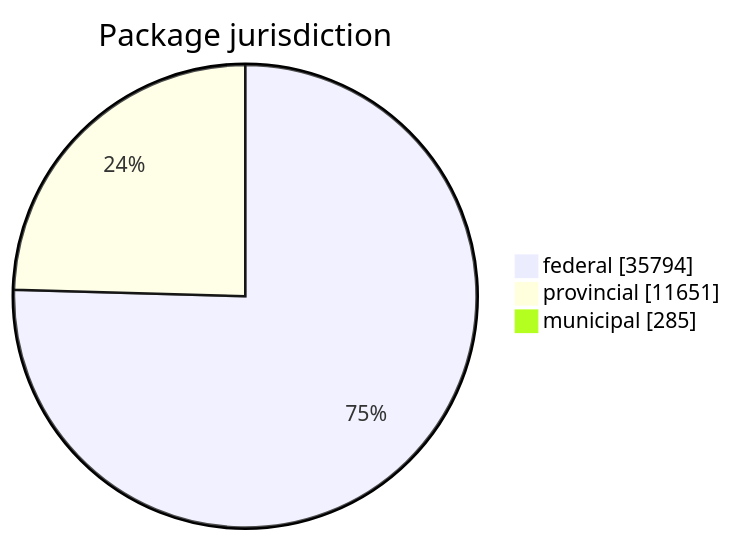
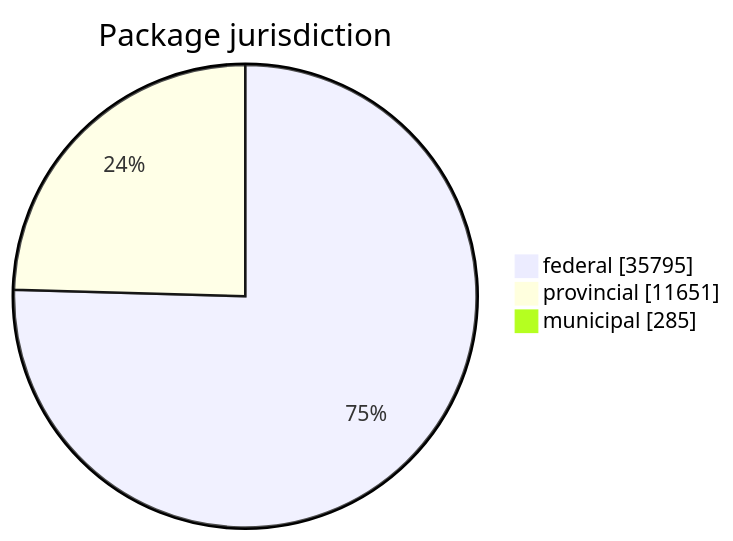
One commit to open-data/analytics-corporate-reporting changed the first of 5 diagrams in FreshCheck/README.md. Above: the diagram before and after it, drawn with Mermaid. The commit also changed other lines of this file and 3 other files, not shown here.

````diff
--- a/FreshCheck/README.md
+++ b/FreshCheck/README.md
@@ -60,6 +60,6 @@
 ```mermaid
 pie showData title Package jurisdiction
-    "federal": 35794
+    "federal": 35795
     "provincial": 11651
     "municipal": 285
 ```
````
